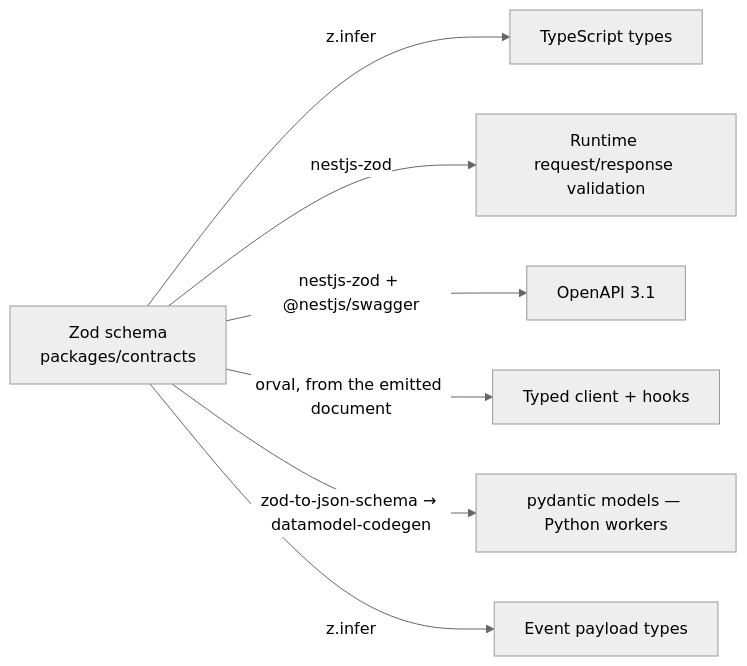
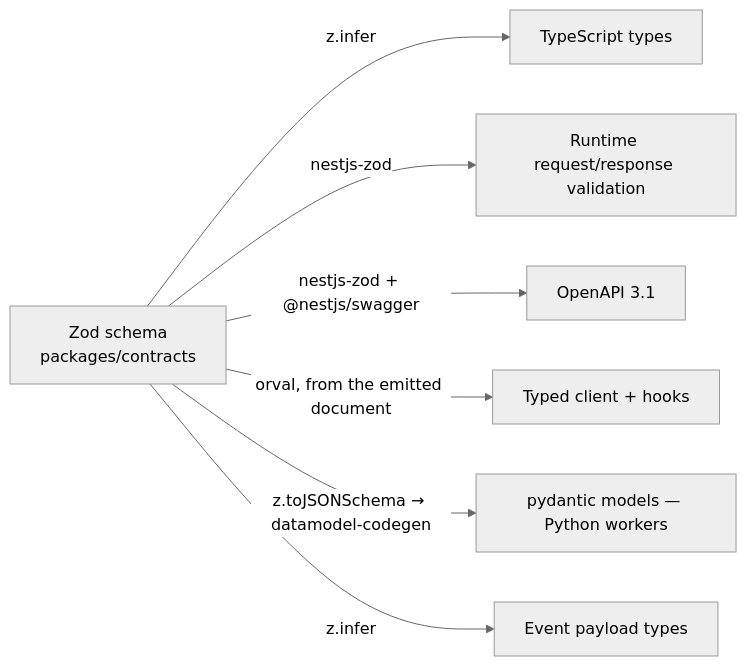
The diagram in docs/CONTRACTS_AND_API.md (invaliderrors/metrika), drawn with Mermaid (neutral theme) before and after one commit. The commit also changed other lines of this file and 92 other files, not shown here.

````diff
--- a/docs/CONTRACTS_AND_API.md
+++ b/docs/CONTRACTS_AND_API.md
@@ -13,10 +13,10 @@
 ```mermaid
 graph LR
     Z["Zod schema<br/>packages/contracts"]
     Z -->|z.infer| T[TypeScript types]
     Z -->|nestjs-zod| V[Runtime request/response validation]
     Z -->|nestjs-zod + @nestjs/swagger| O[OpenAPI 3.1]
     Z -->|orval, from the emitted document| C[Typed client + hooks]
-    Z -->|zod-to-json-schema → datamodel-codegen| P[pydantic models — Python workers]
+    Z -->|z.toJSONSchema → datamodel-codegen| P[pydantic models — Python workers]
     Z -->|z.infer| E[Event payload types]
 ```
````
